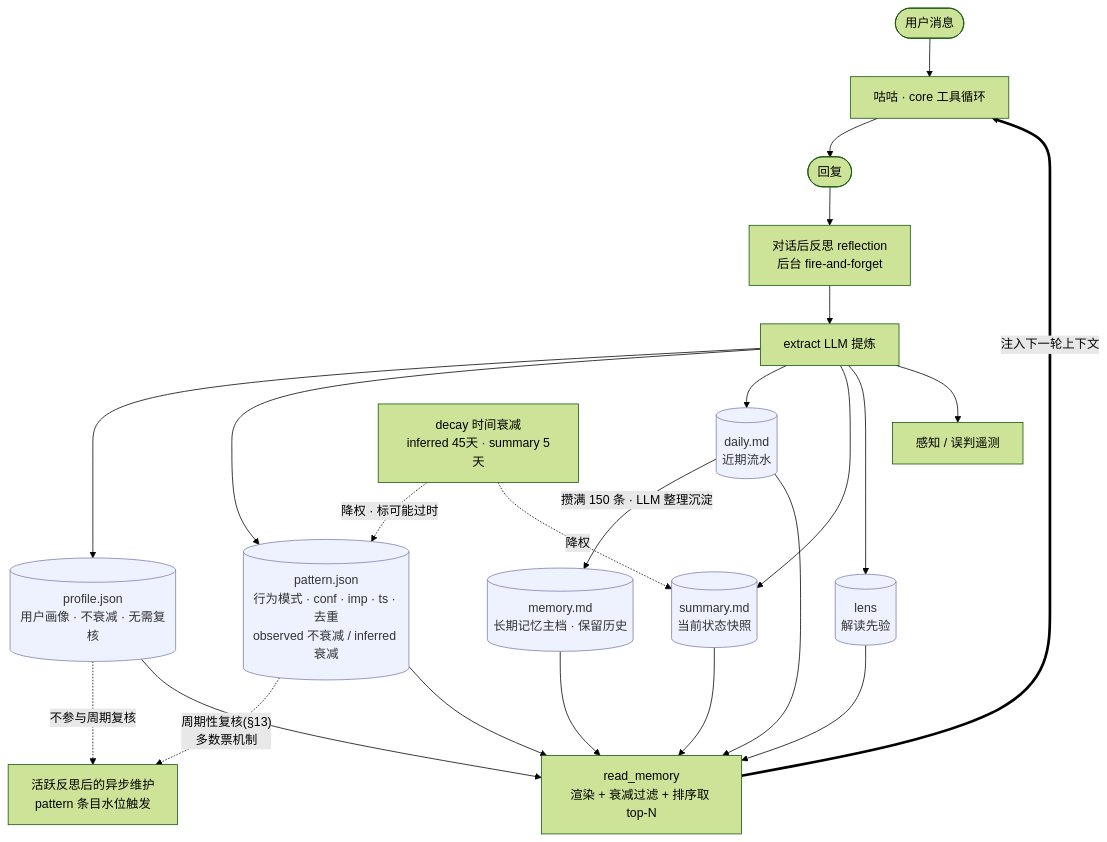
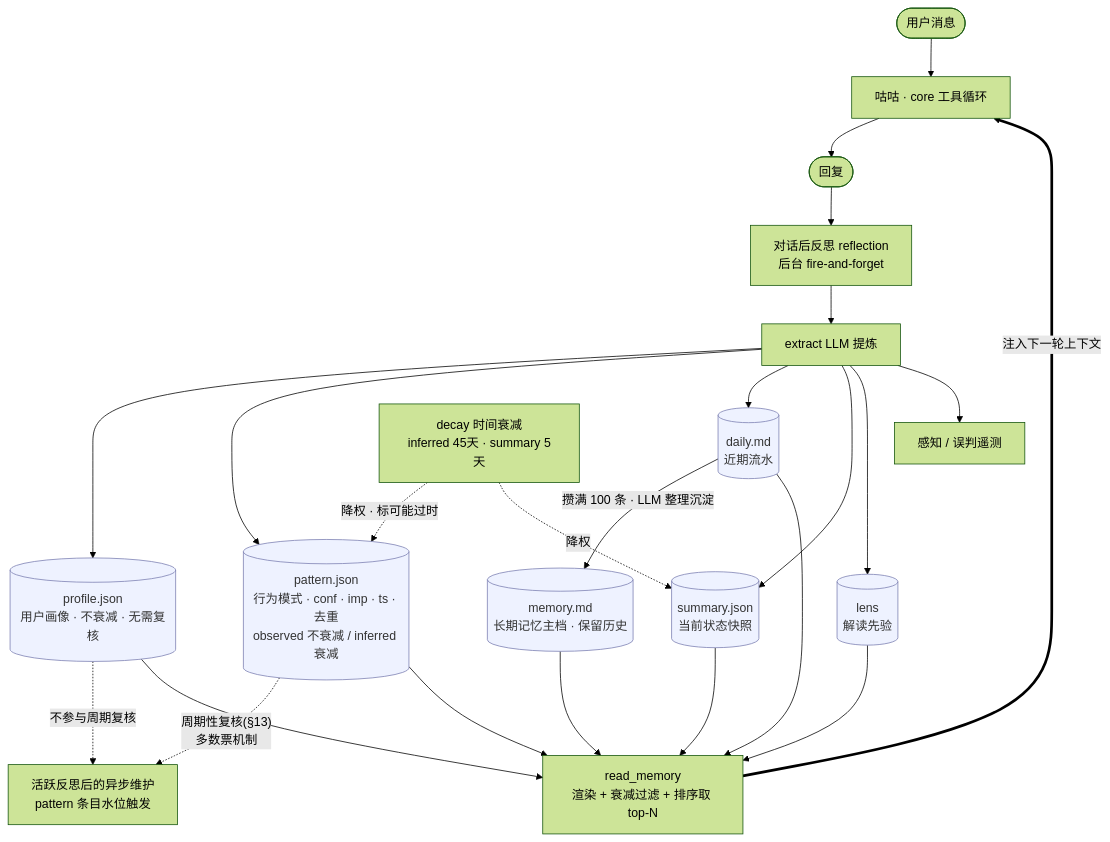
The first of 2 diagrams in docs/agent/11-记忆系统.md (Coffeiz/Gugu-web), drawn with Mermaid (forest theme) before and after one commit. The commit also changed other lines of this file and 139 other files, not shown here.

````diff
--- a/docs/agent/11-记忆系统.md
+++ b/docs/agent/11-记忆系统.md
@@ -26,31 +26,31 @@
 ```mermaid
 flowchart TB
     U([用户消息]) --> BRAIN[咕咕 · core 工具循环]
     BRAIN --> REPLY([回复])
     READ[read_memory<br/>渲染 + 衰减过滤 + 排序取 top-N] == 注入下一轮上下文 ==> BRAIN
 
     REPLY --> REF[对话后反思 reflection<br/>后台 fire-and-forget]
     REF --> EX[extract LLM 提炼]
     EX --> PROFILE[(profile.json<br/>用户画像 · 不衰减 · 无需复核)]
     EX --> PATTERN[(pattern.json<br/>行为模式 · conf · imp · ts · 去重<br/>observed 不衰减 / inferred 衰减)]
     EX --> DAILY[(daily.md<br/>近期流水)]
-    EX --> SUM[(summary.md<br/>当前状态快照)]
+    EX --> SUM[(summary.json<br/>当前状态快照)]
     EX --> LENS[(lens<br/>解读先验)]
     EX --> PERC[感知 / 误判遥测]
 
-    DAILY -- 攒满 150 条 · LLM 整理沉淀 --> MEM[(memory.md<br/>长期记忆主档 · 保留历史)]
+    DAILY -- 攒满 100 条 · LLM 整理沉淀 --> MEM[(memory.md<br/>长期记忆主档 · 保留历史)]
     PROFILE -. 不参与周期复核 .-> PERIODIC[活跃反思后的异步维护<br/>pattern 条目水位触发]
     PATTERN -. 周期性复核(§13)<br/>多数票机制 .-> PERIODIC
     DECAY[decay 时间衰减<br/>inferred 45天 · summary 5天] -. 降权 · 标可能过时 .-> PATTERN
     DECAY -. 降权 .-> SUM
 
     PROFILE --> READ
     PATTERN --> READ
     MEM --> READ
     DAILY --> READ
     SUM --> READ
     LENS --> READ
 
     classDef store fill:#eef2ff,stroke:#7b7fb2,color:#333;
     class PROFILE,PATTERN,DAILY,MEM,SUM,LENS store;
 ```
````
